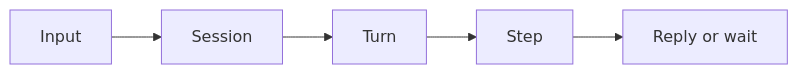
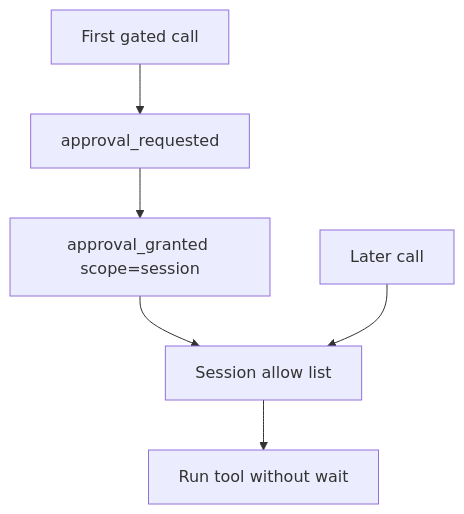
One commit to taonic/temporal-design-patterns changed the diagram in docs/session-scoped-approvals.md. Above: the diagram before and after it, drawn with Mermaid. The commit also changed other lines of this file and 25 other files, not shown here.

````diff
--- a/docs/session-scoped-approvals.md
+++ b/docs/session-scoped-approvals.md
@@ -16,7 +19,8 @@
 ```mermaid
-flowchart LR
-    Input[Input] --> Session
-    Session --> Turn
-    Turn --> Step
-    Step --> Out[Reply or wait]
+flowchart TD
+    Call1[First gated call] --> Wait[approval_requested]
+    Wait --> Grant[approval_granted scope=session]
+    Grant --> State[Session allow list]
+    Call2[Later call] --> State
+    State --> Run[Run tool without wait]
 ```
````
